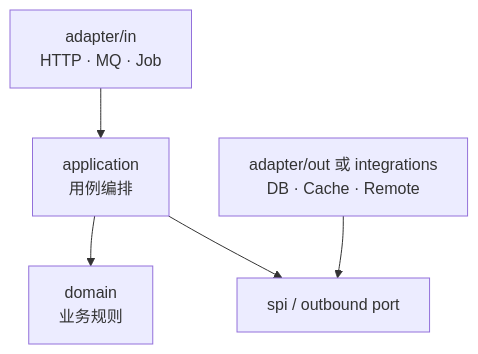
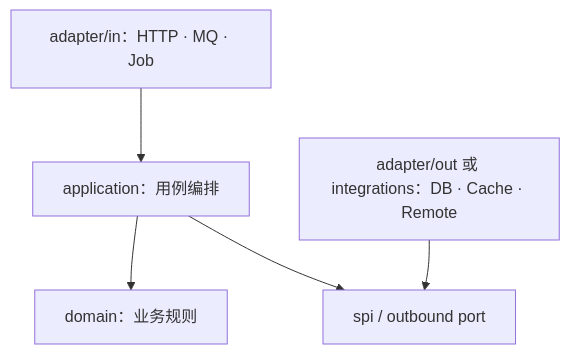
One commit to GodCage/AI-development-standards changed the second of 3 diagrams in docs/ai-native-spring-boot-standard.md. Above: the diagram before and after it, drawn with Mermaid. The commit also changed other lines of this file and 8 other files, not shown here.

Commit message:
docs: make package-first architecture and platform standards actionable

````diff
--- a/docs/ai-native-spring-boot-standard.md
+++ b/docs/ai-native-spring-boot-standard.md
@@ -256,13 +255,13 @@
 ```mermaid
 flowchart TB
-    IN["adapter/in<br/>HTTP · MQ · Job"]
-    APP["application<br/>用例编排"]
-    DOM["domain<br/>业务规则"]
+    IN["adapter/in：HTTP · MQ · Job"]
+    APP["application：用例编排"]
+    DOM["domain：业务规则"]
     PORT["spi / outbound port"]
-    OUT["adapter/out 或 integrations<br/>DB · Cache · Remote"]
+    OUT["adapter/out 或 integrations：DB · Cache · Remote"]
 
     IN --> APP
     APP --> DOM
     APP --> PORT
     OUT --> PORT
 ```
````
